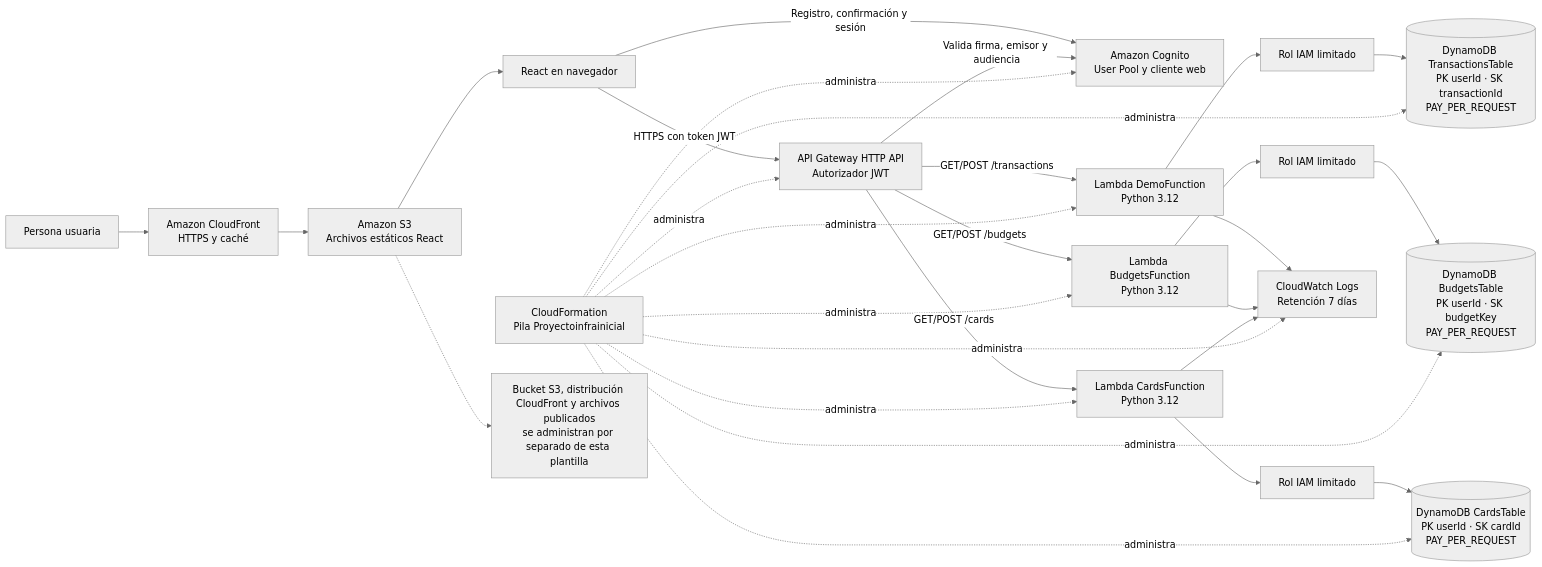
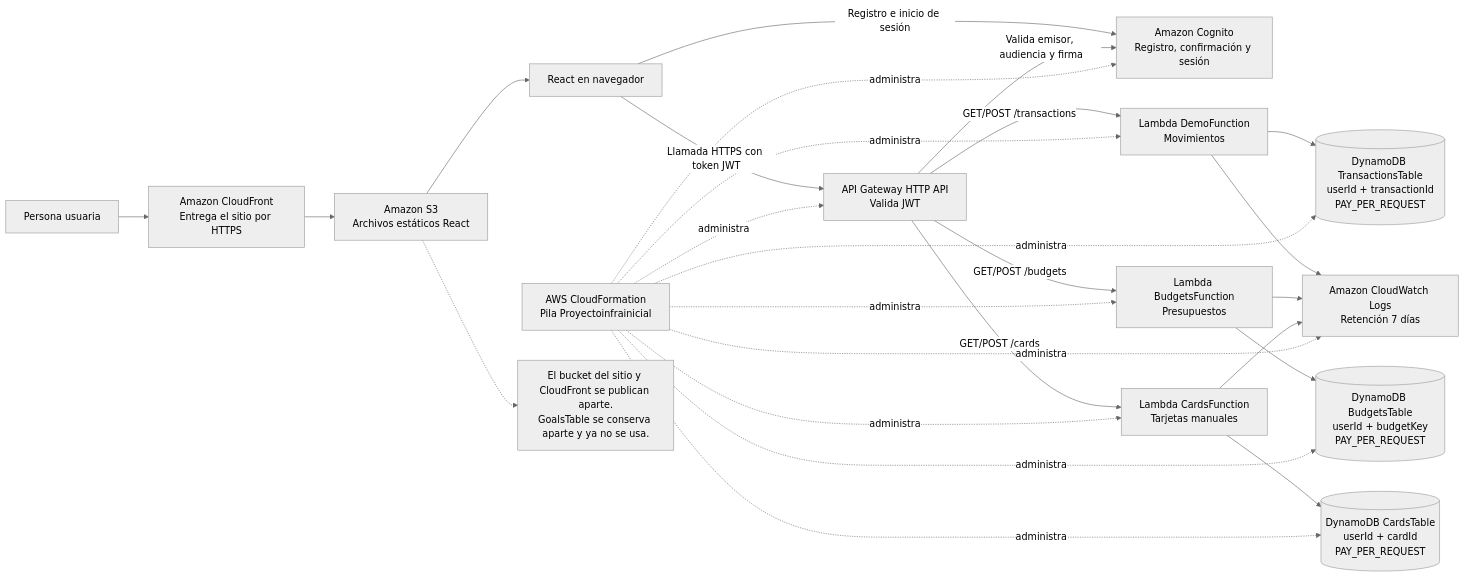
Before and after one commit to Diegogamer23/InfreastructuraProyecto: the diagram in Proyecto_Infra/architecture.mmd, drawn with Mermaid (neutral theme). The commit also changed 3 other files, not shown here.

```diff
--- a/Proyecto_Infra/architecture.mmd
+++ b/Proyecto_Infra/architecture.mmd
@@ -1,42 +1,38 @@
 flowchart LR
     User[Persona usuaria]
-    CDN[Amazon CloudFront<br/>HTTPS y caché]
+    CDN[Amazon CloudFront<br/>Entrega el sitio por HTTPS]
     Site[Amazon S3<br/>Archivos estáticos React]
     Browser[React en navegador]
-    Cognito[Amazon Cognito<br/>User Pool y cliente web]
-    API[API Gateway HTTP API<br/>Autorizador JWT]
+    Cognito[Amazon Cognito<br/>Registro, confirmación y sesión]
+    API[API Gateway HTTP API<br/>Valida JWT]
 
-    User --> CDN --> Site
-    Site --> Browser
-    Browser -->|Registro, confirmación y sesión| Cognito
-    Browser -->|HTTPS con token JWT| API
-    API -->|Valida firma, emisor y audiencia| Cognito
+    User --> CDN --> Site --> Browser
+    Browser -->|Registro e inicio de sesión| Cognito
+    Browser -->|Llamada HTTPS con token JWT| API
+    API -->|Valida emisor, audiencia y firma| Cognito
 
-    API -->|GET/POST /transactions| Tx[Lambda DemoFunction<br/>Python 3.12]
-    API -->|GET/POST /budgets| Budget[Lambda BudgetsFunction<br/>Python 3.12]
-    API -->|GET/POST /cards| Cards[Lambda CardsFunction<br/>Python 3.12]
+    API -->|GET/POST /transactions| Tx[Lambda DemoFunction<br/>Movimientos]
+    API -->|GET/POST /budgets| Budget[Lambda BudgetsFunction<br/>Presupuestos]
+    API -->|GET/POST /cards| Cards[Lambda CardsFunction<br/>Tarjetas manuales]
 
-    Tx --> TxRole[Rol IAM limitado]
-    Budget --> BudgetRole[Rol IAM limitado]
-    Cards --> CardsRole[Rol IAM limitado]
-    TxRole --> TxTable[(DynamoDB TransactionsTable<br/>PK userId · SK transactionId<br/>PAY_PER_REQUEST)]
-    BudgetRole --> BudgetTable[(DynamoDB BudgetsTable<br/>PK userId · SK budgetKey<br/>PAY_PER_REQUEST)]
-    CardsRole --> CardsTable[(DynamoDB CardsTable<br/>PK userId · SK cardId<br/>PAY_PER_REQUEST)]
+    Tx --> TxTable[(DynamoDB TransactionsTable<br/>userId + transactionId<br/>PAY_PER_REQUEST)]
+    Budget --> BudgetTable[(DynamoDB BudgetsTable<br/>userId + budgetKey<br/>PAY_PER_REQUEST)]
+    Cards --> CardsTable[(DynamoDB CardsTable<br/>userId + cardId<br/>PAY_PER_REQUEST)]
 
-    Tx --> Logs[CloudWatch Logs<br/>Retención 7 días]
+    Tx --> Logs[Amazon CloudWatch Logs<br/>Retención 7 días]
     Budget --> Logs
     Cards --> Logs
 
-    Stack[CloudFormation<br/>Pila Proyectoinfrainicial]
+    Stack[AWS CloudFormation<br/>Pila Proyectoinfrainicial]
     Stack -. administra .-> API
+    Stack -. administra .-> Cognito
     Stack -. administra .-> Tx
     Stack -. administra .-> Budget
     Stack -. administra .-> Cards
     Stack -. administra .-> TxTable
     Stack -. administra .-> BudgetTable
     Stack -. administra .-> CardsTable
-    Stack -. administra .-> Cognito
     Stack -. administra .-> Logs
 
-    HostingNote[Bucket S3, distribución CloudFront y archivos publicados<br/>se administran por separado de esta plantilla]
+    HostingNote[El bucket del sitio y CloudFront se publican aparte.<br/>GoalsTable se conserva aparte y ya no se usa.]
     Site -.-> HostingNote
```
